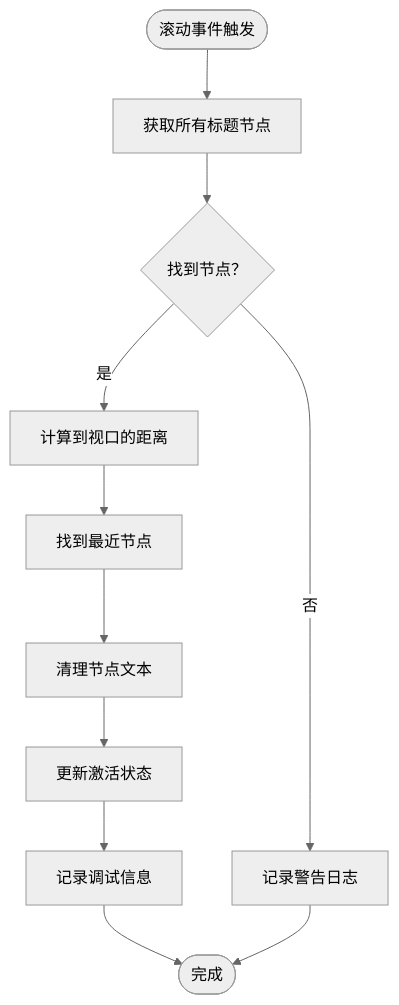
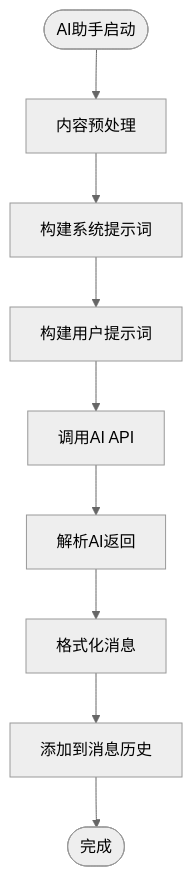
Before and after one commit to terwer/siyuan-plugin-blog: the eighth of 9 diagrams in .qoder/repowiki/zh/content/Outline System.md, drawn with Mermaid (neutral theme). The commit also changed other lines of this file and 31 other files, not shown here.

````diff
--- a/.qoder/repowiki/zh/content/Outline System.md
+++ b/.qoder/repowiki/zh/content/Outline System.md
@@ -690,13 +405,11 @@
 ```mermaid
 flowchart TD
-Start([滚动事件触发]) --> GetNodes["获取所有标题节点"]
-GetNodes --> CheckNodes{"找到节点？"}
-CheckNodes --> |否| Warn["记录警告日志"]
-CheckNodes --> |是| CalcDistance["计算到视口的距离"]
-CalcDistance --> FindClosest["找到最近节点"]
-FindClosest --> CleanText["清理节点文本"]
-CleanText --> UpdateState["更新激活状态"]
-UpdateState --> LogInfo["记录调试信息"]
-LogInfo --> End([完成])
-Warn --> End
+Start([AI助手启动]) --> Preprocess["内容预处理"]
+Preprocess --> BuildSystem["构建系统提示词"]
+BuildSystem --> BuildUser["构建用户提示词"]
+BuildUser --> CallAPI["调用AI API"]
+CallAPI --> ParseResult["解析AI返回"]
+ParseResult --> FormatMessage["格式化消息"]
+FormatMessage --> AddToHistory["添加到消息历史"]
+AddToHistory --> End([完成])
 ```
````
